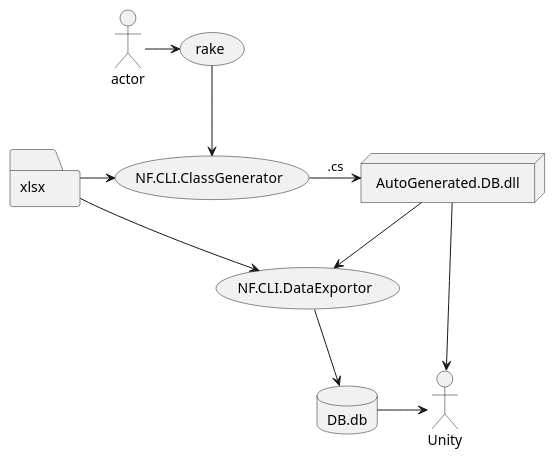
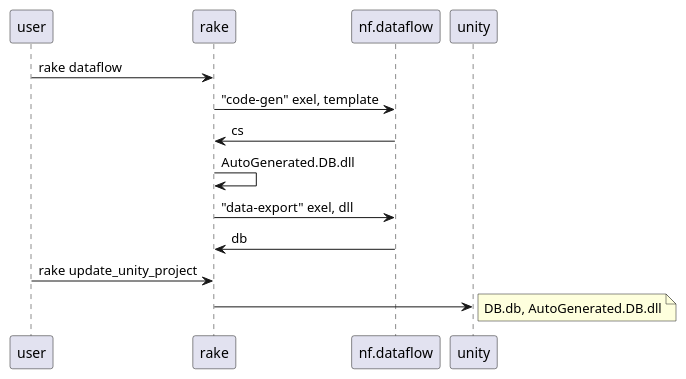
The diagram in flow.puml (netpyoung/nf.data-flow), drawn with PlantUML before and after one commit. The commit also changed 19 other files, not shown here.

First line of the commit message:
merge NF.CLI.ClassInfoGenerator and NF.CLI.DataExporter into NF.Tool.DataFlow

```diff
--- a/flow.puml
+++ b/flow.puml
@@ -1,20 +1,19 @@
 @startuml
-folder xlsx
-database DB.db
-node AutoGenerated.DB.dll
 
-actor -> (rake)
+user -> rake : rake dataflow
 
-(rake) --> (NF.CLI.ClassGenerator)
-(xlsx) -> (NF.CLI.ClassGenerator)
+rake -> nf.dataflow : "code-gen" exel, template
+rake <- nf.dataflow : cs
 
-(NF.CLI.ClassGenerator) -> (AutoGenerated.DB.dll) : .cs
+rake -> rake : AutoGenerated.DB.dll
 
-(AutoGenerated.DB.dll) --> (NF.CLI.DataExportor)
-(AutoGenerated.DB.dll) --> Unity
-(xlsx) --> (NF.CLI.DataExportor)
-(NF.CLI.DataExportor) --> DB.db
-DB.db -> Unity
+rake -> nf.dataflow : "data-export" exel, dll
+rake <- nf.dataflow : db
 
+user -> rake : rake update_unity_project
 
+rake -> unity
+note right
+DB.db, AutoGenerated.DB.dll
+end note
 @enduml
```
